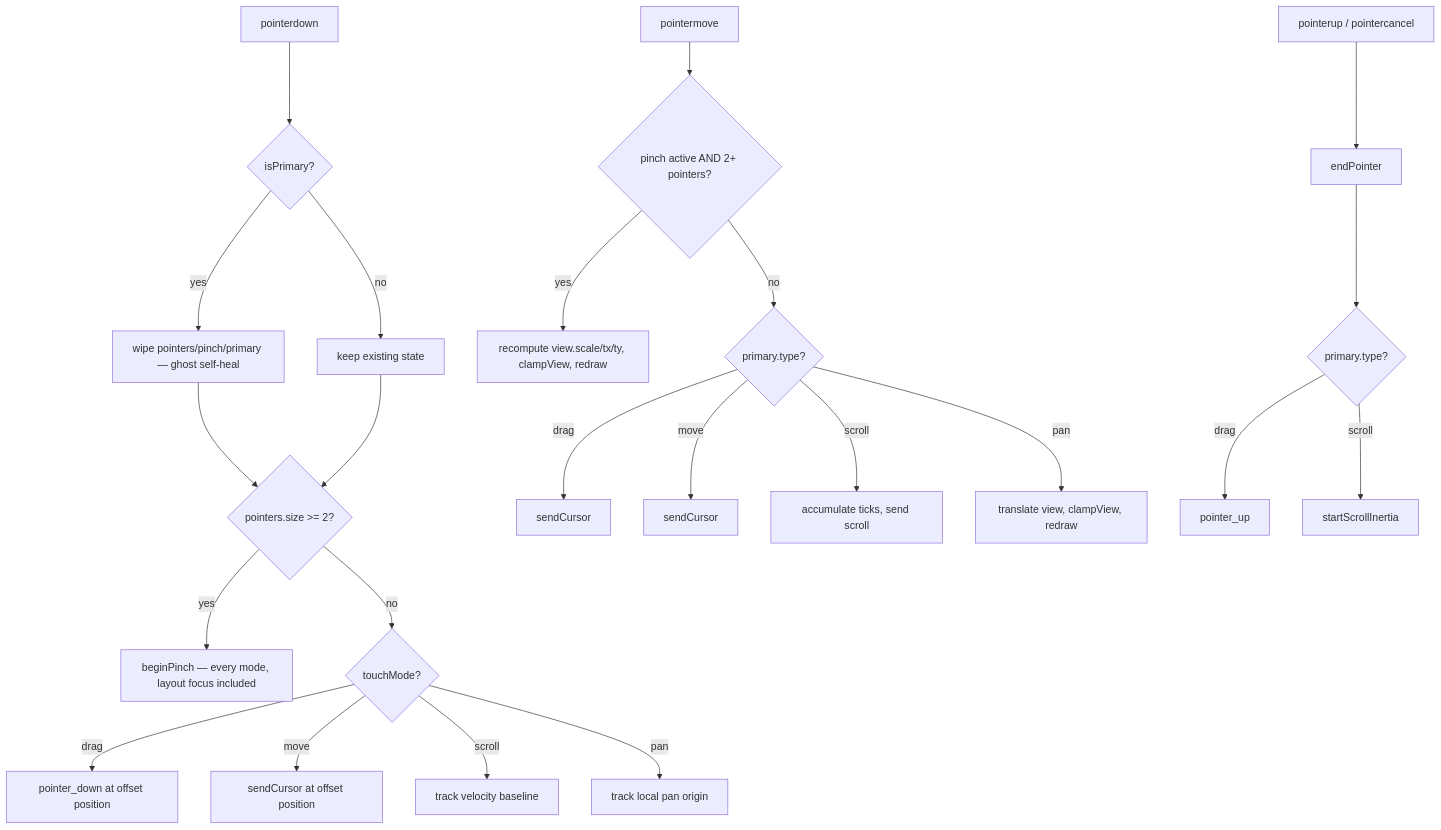
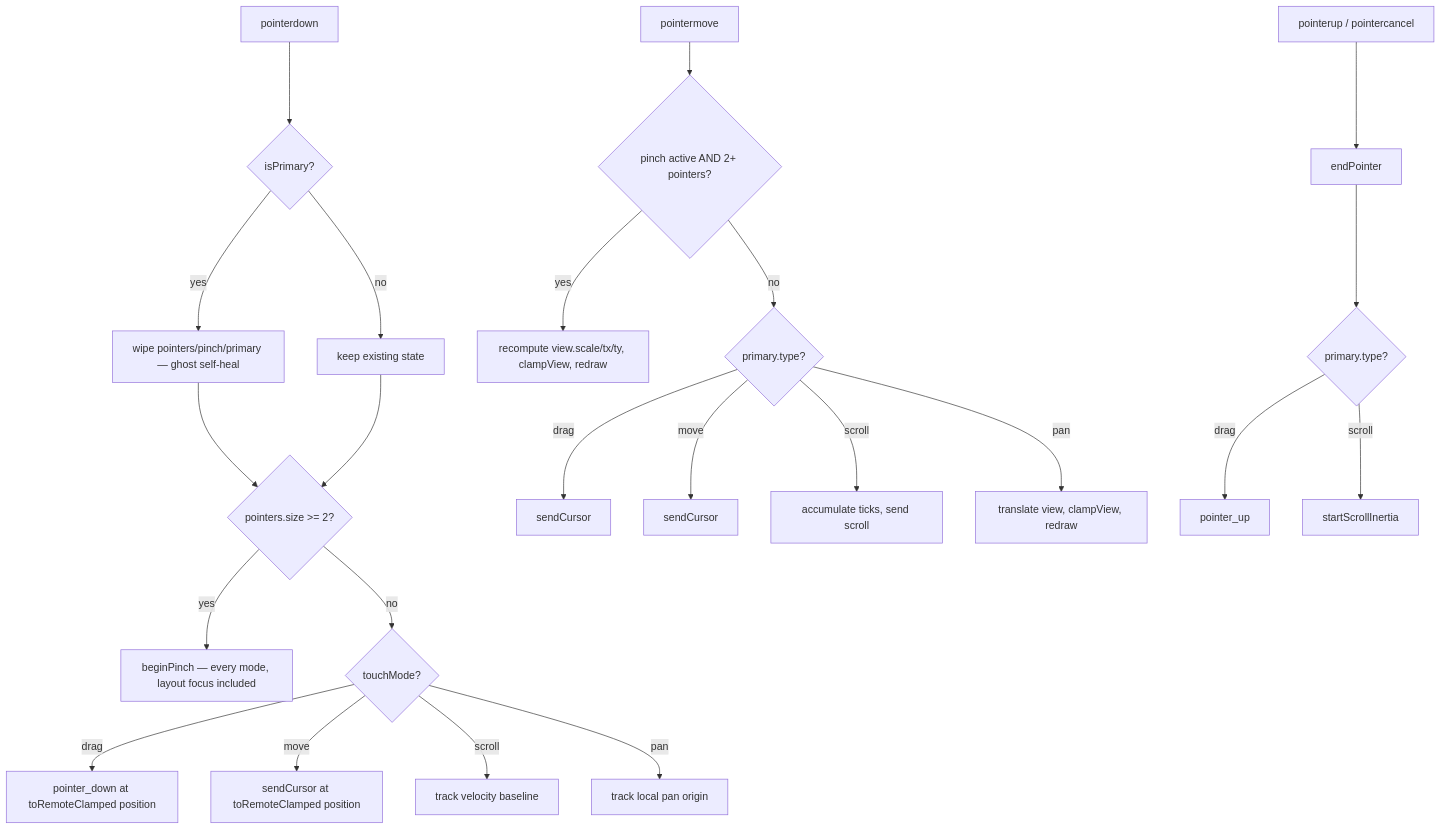
The diagram in client/__flow/gestures.md (UVuruna/Remote-User), drawn with Mermaid before and after one commit. The commit also changed other lines of this file and 23 other files, not shown here.

````diff
--- a/client/__flow/gestures.md
+++ b/client/__flow/gestures.md
@@ -7,28 +7,28 @@
 ```mermaid
 %%{init: {'flowchart': {'subGraphTitleMargin': {'top': 0, 'bottom': 35}}}}%%
 flowchart TB
     DOWN[pointerdown] --> PRIMARY{isPrimary?}
     PRIMARY -- yes --> WIPE[wipe pointers/pinch/primary — ghost self-heal]
     PRIMARY -- no --> KEEP[keep existing state]
     WIPE --> COUNT
     KEEP --> COUNT{pointers.size >= 2?}
     COUNT -- yes --> PINCH[beginPinch — every mode, layout focus included]
     COUNT -- no --> MODE{touchMode?}
-    MODE -- drag --> DRAGSTART[pointer_down at offset position]
-    MODE -- move --> MOVESTART[sendCursor at offset position]
+    MODE -- drag --> DRAGSTART[pointer_down at toRemoteClamped position]
+    MODE -- move --> MOVESTART[sendCursor at toRemoteClamped position]
     MODE -- scroll --> SCROLLSTART[track velocity baseline]
     MODE -- pan --> PANSTART[track local pan origin]
 
     MOVE[pointermove] --> ACTIVE{pinch active AND 2+ pointers?}
     ACTIVE -- yes --> RESCALE[recompute view.scale/tx/ty, clampView, redraw]
     ACTIVE -- no --> DISPATCH{primary.type?}
     DISPATCH -- drag --> DRAGMOVE[sendCursor]
     DISPATCH -- move --> MOVEMOVE[sendCursor]
     DISPATCH -- scroll --> SCROLLMOVE[accumulate ticks, send scroll]
     DISPATCH -- pan --> PANMOVE[translate view, clampView, redraw]
 
     UP[pointerup / pointercancel] --> ENDP[endPointer]
     ENDP --> ENDTYPE{primary.type?}
     ENDTYPE -- drag --> RELEASE[pointer_up]
     ENDTYPE -- scroll --> FLING[startScrollInertia]
 ```
````
